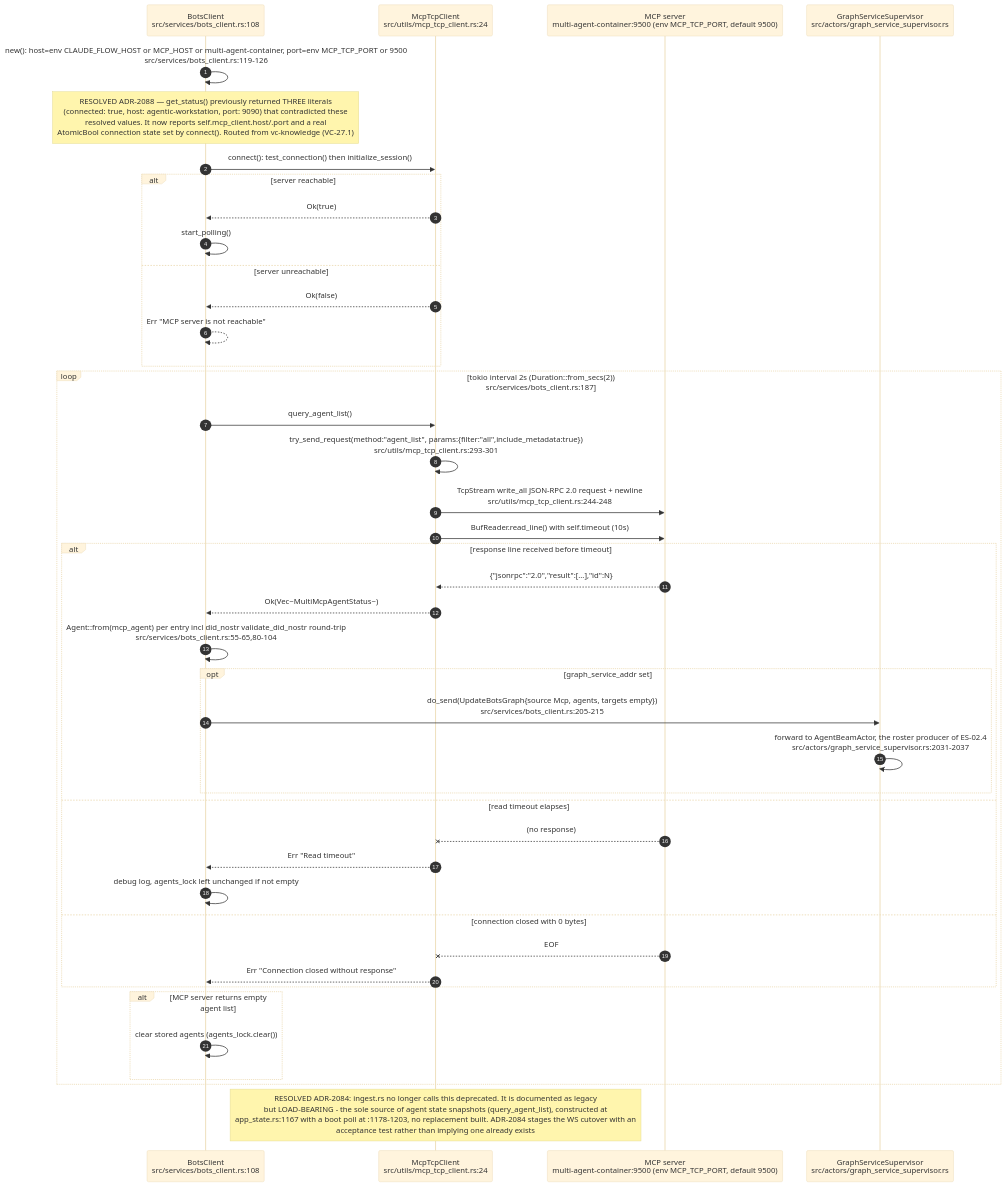
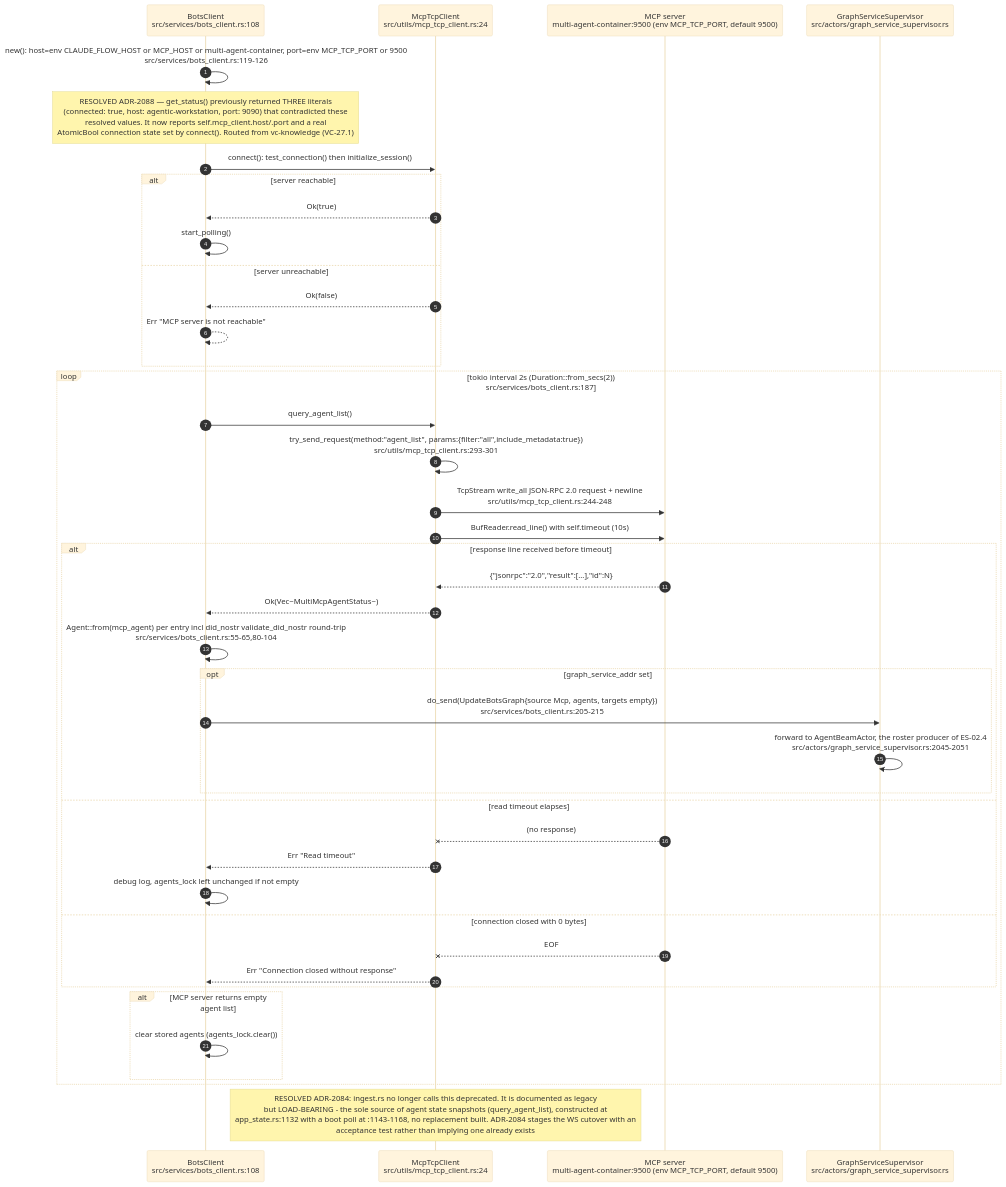
One commit to DreamLab-AI/VisionFlow changed the eighth of 12 diagrams in docs/diagrams/estate/02-agent-events-agentbox-to-visionclaw.md. Above: the diagram before and after it, drawn with Mermaid (base theme). The commit also changed other lines of this file and 6 other files, not shown here.

````diff
--- a/docs/diagrams/estate/02-agent-events-agentbox-to-visionclaw.md
+++ b/docs/diagrams/estate/02-agent-events-agentbox-to-visionclaw.md
@@ -392,45 +393,45 @@
 ```mermaid
 sequenceDiagram
     autonumber
     participant BC as BotsClient<br/>src/services/bots_client.rs:108
     participant TCP as McpTcpClient<br/>src/utils/mcp_tcp_client.rs:24
     participant SRV as MCP server<br/>multi-agent-container:9500 (env MCP_TCP_PORT, default 9500)
     participant GSS as GraphServiceSupervisor<br/>src/actors/graph_service_supervisor.rs
 
     BC->>BC: new(): host=env CLAUDE_FLOW_HOST or MCP_HOST or multi-agent-container, port=env MCP_TCP_PORT or 9500<br/>src/services/bots_client.rs:119-126
     Note over BC: RESOLVED ADR-2088 — get_status() previously returned THREE literals<br/>(connected: true, host: agentic-workstation, port: 9090) that contradicted these<br/>resolved values. It now reports self.mcp_client.host/.port and a real<br/>AtomicBool connection state set by connect(). Routed from vc-knowledge (VC-27.1)
     BC->>TCP: connect(): test_connection() then initialize_session()
     alt server reachable
         TCP-->>BC: Ok(true)
         BC->>BC: start_polling()
     else server unreachable
         TCP-->>BC: Ok(false)
         BC-->>BC: Err "MCP server is not reachable"
     end
     loop tokio interval 2s (Duration::from_secs(2))<br/>src/services/bots_client.rs:187
         BC->>TCP: query_agent_list()
         TCP->>TCP: try_send_request(method:"agent_list", params:{filter:"all",include_metadata:true})<br/>src/utils/mcp_tcp_client.rs:293-301
         TCP->>SRV: TcpStream write_all JSON-RPC 2.0 request + newline<br/>src/utils/mcp_tcp_client.rs:244-248
         TCP->>SRV: BufReader.read_line() with self.timeout (10s)
         alt response line received before timeout
             SRV-->>TCP: {"jsonrpc":"2.0","result":[...],"id":N}
             TCP-->>BC: Ok(Vec~MultiMcpAgentStatus~)
             BC->>BC: Agent::from(mcp_agent) per entry incl did_nostr validate_did_nostr round-trip<br/>src/services/bots_client.rs:55-65,80-104
             opt graph_service_addr set
                 BC->>GSS: do_send(UpdateBotsGraph{source Mcp, agents, targets empty})<br/>src/services/bots_client.rs:205-215
-                GSS->>GSS: forward to AgentBeamActor, the roster producer of ES-02.4<br/>src/actors/graph_service_supervisor.rs:2031-2037
+                GSS->>GSS: forward to AgentBeamActor, the roster producer of ES-02.4<br/>src/actors/graph_service_supervisor.rs:2045-2051
             end
         else read timeout elapses
             SRV--xTCP: (no response)
             TCP-->>BC: Err "Read timeout"
             BC->>BC: debug log, agents_lock left unchanged if not empty
         else connection closed with 0 bytes
             SRV--xTCP: EOF
             TCP-->>BC: Err "Connection closed without response"
         end
         alt MCP server returns empty agent list
             BC->>BC: clear stored agents (agents_lock.clear())
         end
     end
-    Note over TCP: RESOLVED ADR-2084: ingest.rs no longer calls this deprecated. It is documented as legacy<br/>but LOAD-BEARING - the sole source of agent state snapshots (query_agent_list), constructed at<br/>app_state.rs:1167 with a boot poll at :1178-1203, no replacement built. ADR-2084 stages the WS cutover with an<br/>acceptance test rather than implying one already exists
+    Note over TCP: RESOLVED ADR-2084: ingest.rs no longer calls this deprecated. It is documented as legacy<br/>but LOAD-BEARING - the sole source of agent state snapshots (query_agent_list), constructed at<br/>app_state.rs:1132 with a boot poll at :1143-1168, no replacement built. ADR-2084 stages the WS cutover with an<br/>acceptance test rather than implying one already exists
 ```
````
